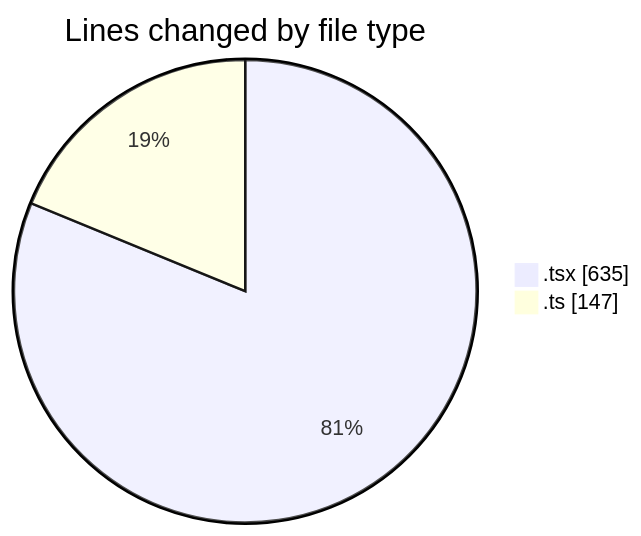
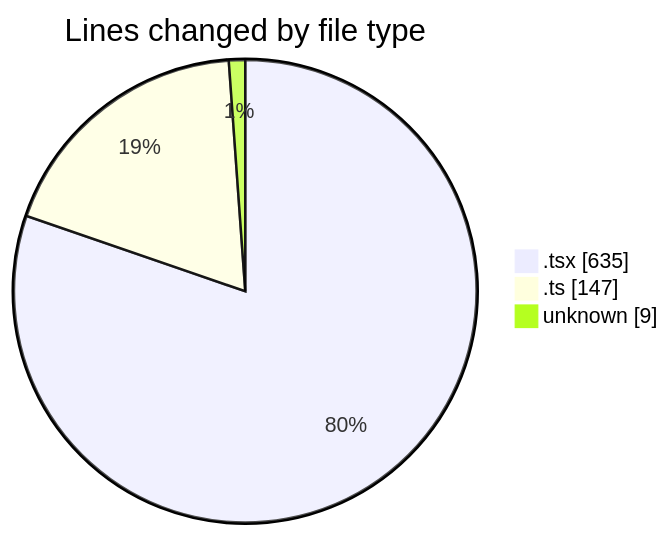
The first of 2 diagrams in 2026-04-13/airfeed-analytics-dashboard/README.md (nxtqubesakshisongat/code-tracking), drawn with Mermaid before and after one commit. The commit also changed other lines of this file and 1 other file, not shown here.

````diff
--- a/2026-04-13/airfeed-analytics-dashboard/README.md
+++ b/2026-04-13/airfeed-analytics-dashboard/README.md
@@ -24,6 +25,7 @@
 ```mermaid
 pie showData
 title Lines changed by file type
 ".tsx" : 635
 ".ts" : 147
+"unknown" : 9
 ```
````
